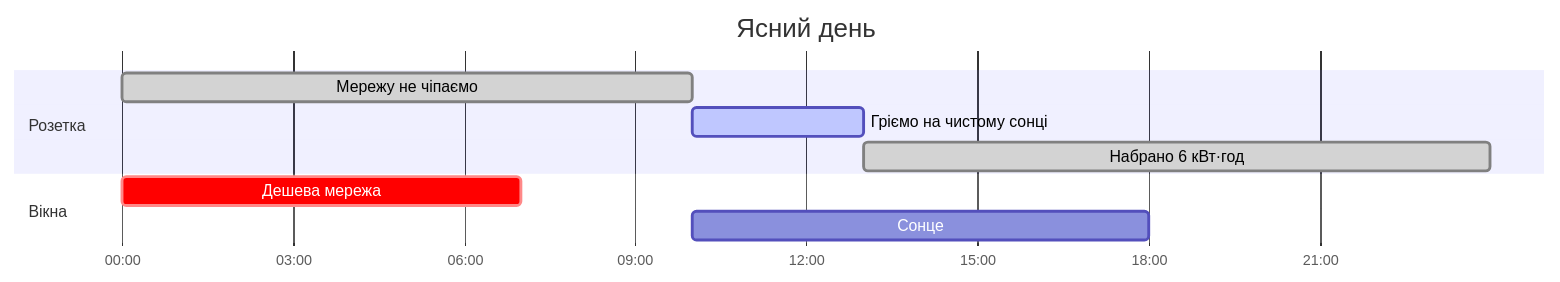
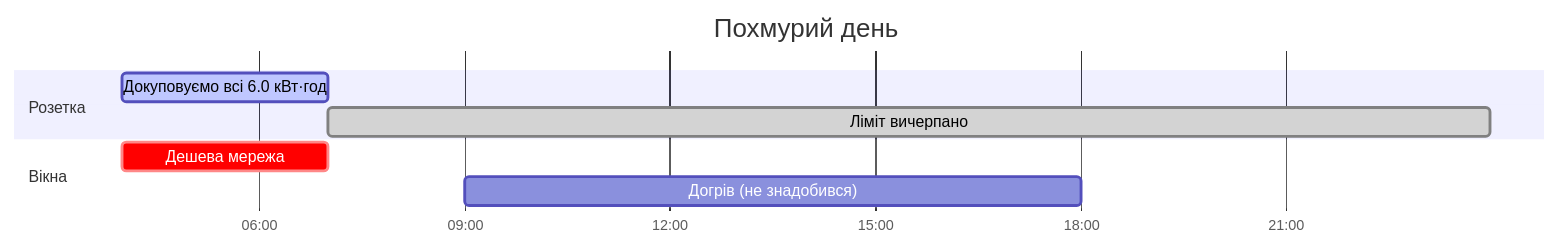
One commit to tochytskyi/smart-solar-energy changed the second of 7 diagrams in docs/scenarios.md. Above: the diagram before and after it, drawn with Mermaid. The commit also changed other lines of this file and 19 other files, not shown here.

````diff
--- a/docs/scenarios.md
+++ b/docs/scenarios.md
@@ -85,14 +74,13 @@
 ```mermaid
 gantt
-    title Ясний день
+    title Похмурий день
     dateFormat HH:mm
     axisFormat %H:%M
     todayMarker off
     section Розетка
-    Мережу не чіпаємо :done, a1, 00:00, 10:00
-    Гріємо на чистому сонці :active, a2, 10:00, 13:00
-    Набрано 6 кВт·год :done, a3, 13:00, 23:59
+    Докуповуємо всі 6.0 кВт·год :active, a1, 04:00, 07:00
+    Ліміт вичерпано :done, a2, 07:00, 23:59
     section Вікна
-    Дешева мережа :crit, n1, 00:00, 07:00
-    Сонце :s1, 10:00, 18:00
+    Дешева мережа :crit, n1, 04:00, 07:00
+    Догрів (не знадобився) :s1, 09:00, 18:00
 ```
````
